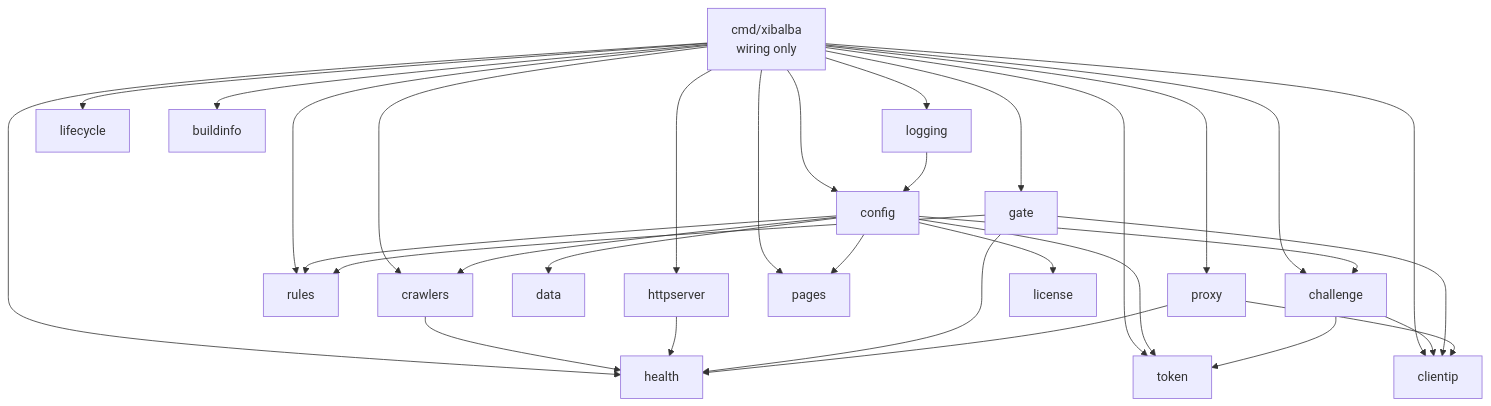
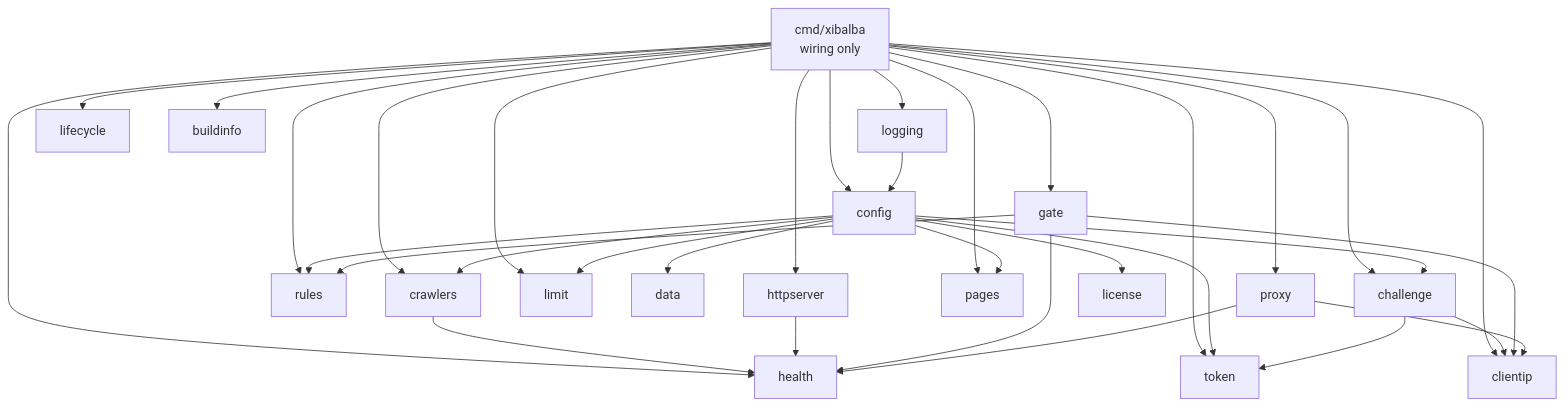
One commit to MaMoja/xibalba changed the first of 2 diagrams in docs/ARCHITECTURE.md. Above: the diagram before and after it, drawn with Mermaid. The commit also changed other lines of this file and 25 other files, not shown here.

````diff
--- a/docs/ARCHITECTURE.md
+++ b/docs/ARCHITECTURE.md
@@ -26,34 +26,36 @@
 ```mermaid
 flowchart TD
     main[cmd/xibalba<br>wiring only] --> config
     main --> logging
     main --> lifecycle
     main --> health
     main --> httpserver
     main --> buildinfo
     main --> clientip
     main --> rules
     main --> crawlers
+    main --> limit
+    config --> limit
     config --> crawlers
     config --> data
     crawlers --> health
     main --> token
     main --> challenge
     main --> gate
     main --> pages
     main --> proxy
     logging --> config
     config --> rules
     httpserver --> health
     config --> license
     config --> pages
     config --> challenge
     config --> token
     challenge --> token
     challenge --> clientip
     gate --> rules
     gate --> clientip
     gate --> health
     proxy --> health
     proxy --> clientip
 ```
````
